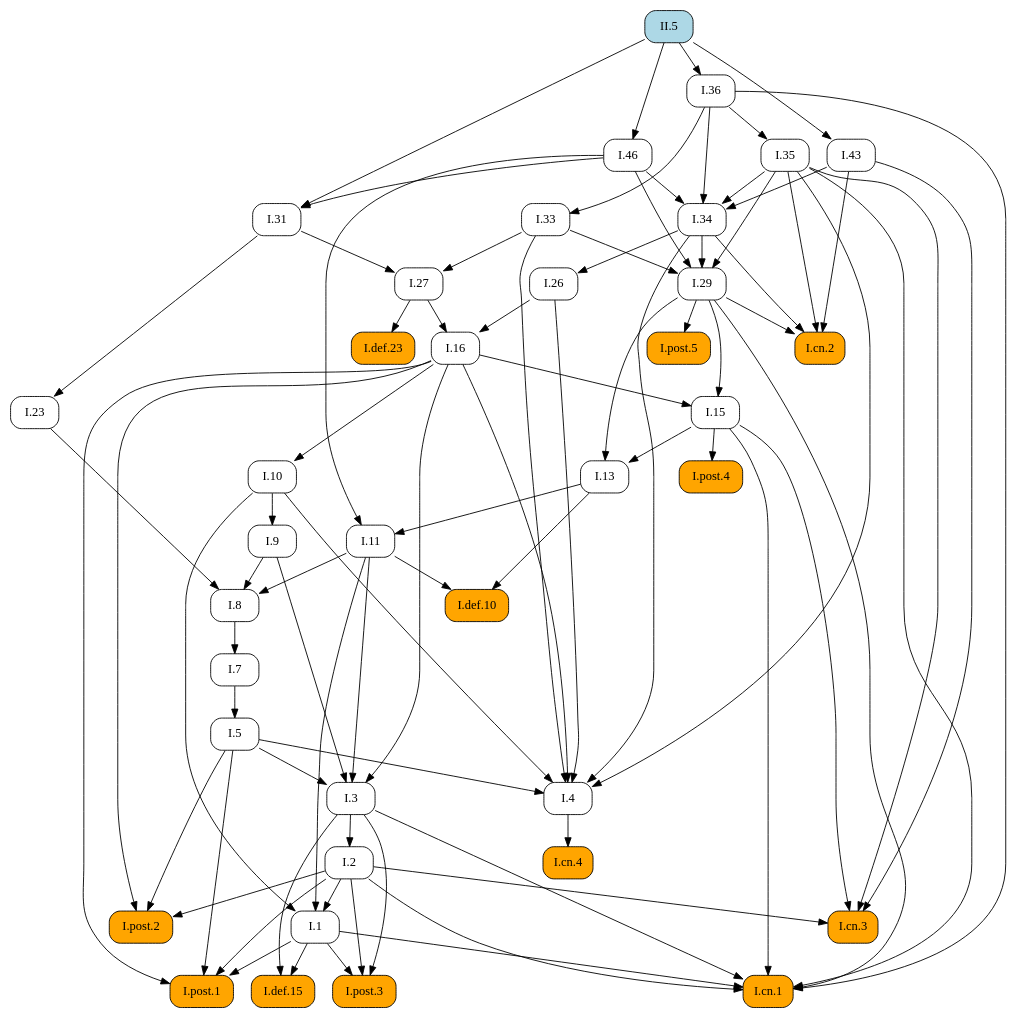
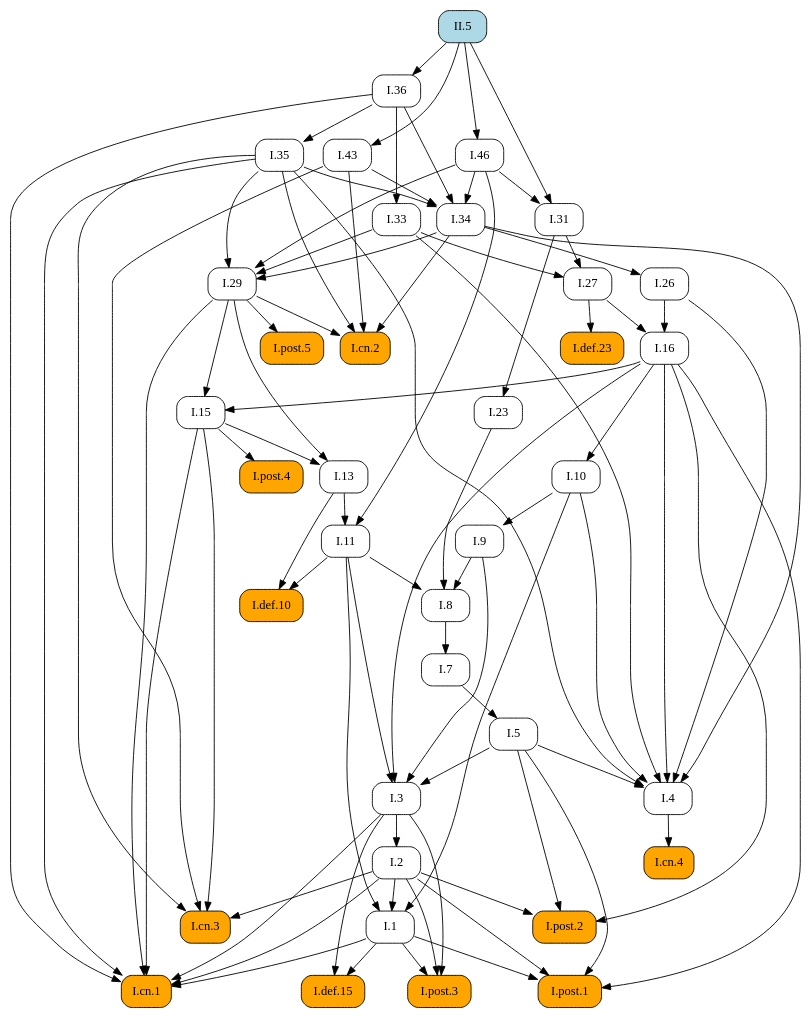
One commit to geometor/elements changed the diagram in docsrc/elements2/II/5/index.rst. Above: the diagram before and after it, drawn with Graphviz. The commit also changed other lines of this file and 171 other files, not shown here.

```diff
--- a/docsrc/elements2/II/5/index.rst
+++ b/docsrc/elements2/II/5/index.rst
@@ -83,72 +83,107 @@
    digraph {
      rankdir="TB";
      node [shape=box, style=rounded];
+     "I.8" [URL="/elements2/I/8/", target="_top"];
+     "I.46" [URL="/elements2/I/46/", target="_top"];
+     "I.36" [URL="/elements2/I/36/", target="_top"];
+     "I.post.1" [style="rounded,filled", fillcolor=orange, URL="/elements2/I/post.1/", target="_top"];
+     "I.33" [URL="/elements2/I/33/", target="_top"];
+     "I.5" [URL="/elements2/I/5/", target="_top"];
+     "I.post.5" [style="rounded,filled", fillcolor=orange, URL="/elements2/I/post.5/", target="_top"];
      "I.def.10" [style="rounded,filled", fillcolor=orange, URL="/elements2/I/def.10/", target="_top"];
-     "I.46" [URL="/elements2/I/46/", target="_top"];
+     "I.cn.2" [style="rounded,filled", fillcolor=orange, URL="/elements2/I/cn.2/", target="_top"];
+     "I.def.15" [style="rounded,filled", fillcolor=orange, URL="/elements2/I/def.15/", target="_top"];
+     "I.31" [URL="/elements2/I/31/", target="_top"];
+     "I.11" [URL="/elements2/I/11/", target="_top"];
+     "I.43" [URL="/elements2/I/43/", target="_top"];
+     "I.3" [URL="/elements2/I/3/", target="_top"];
+     "I.def.23" [style="rounded,filled", fillcolor=orange, URL="/elements2/I/def.23/", target="_top"];
+     "I.post.2" [style="rounded,filled", fillcolor=orange, URL="/elements2/I/post.2/", target="_top"];
+     "I.26" [URL="/elements2/I/26/", target="_top"];
+     "I.cn.3" [style="rounded,filled", fillcolor=orange, URL="/elements2/I/cn.3/", target="_top"];
+     "I.1" [URL="/elements2/I/1/", target="_top"];
+     "I.cn.4" [style="rounded,filled", fillcolor=orange, URL="/elements2/I/cn.4/", target="_top"];
+     "I.7" [URL="/elements2/I/7/", target="_top"];
+     "I.9" [URL="/elements2/I/9/", target="_top"];
+     "II.5" [style="rounded,filled", fillcolor=lightblue, URL="/elements2/II/5/", target="_top"];
+     "I.cn.1" [style="rounded,filled", fillcolor=orange, URL="/elements2/I/cn.1/", target="_top"];
+     "I.29" [URL="/elements2/I/29/", target="_top"];
+     "I.16" [URL="/elements2/I/16/", target="_top"];
+     "I.post.4" [style="rounded,filled", fillcolor=orange, URL="/elements2/I/post.4/", target="_top"];
+     "I.13" [URL="/elements2/I/13/", target="_top"];
+     "I.35" [URL="/elements2/I/35/", target="_top"];
+     "I.2" [URL="/elements2/I/2/", target="_top"];
+     "I.27" [URL="/elements2/I/27/", target="_top"];
+     "I.4" [URL="/elements2/I/4/", target="_top"];
+     "I.10" [URL="/elements2/I/10/", target="_top"];
+     "I.15" [URL="/elements2/I/15/", target="_top"];
      "I.34" [URL="/elements2/I/34/", target="_top"];
-     "I.cn.4" [style="rounded,filled", fillcolor=orange, URL="/elements2/I/cn.4/", target="_top"];
-     "I.def.15" [style="rounded,filled", fillcolor=orange, URL="/elements2/I/def.15/", target="_top"];
+     "I.23" [URL="/elements2/I/23/", target="_top"];
      "I.post.3" [style="rounded,filled", fillcolor=orange, URL="/elements2/I/post.3/", target="_top"];
-     "I.36" [URL="/elements2/I/36/", target="_top"];
-     "I.27" [URL="/elements2/I/27/", target="_top"];
-     "I.post.2" [style="rounded,filled", fillcolor=orange, URL="/elements2/I/post.2/", target="_top"];
-     "I.13" [URL="/elements2/I/13/", target="_top"];
-     "I.10" [URL="/elements2/I/10/", target="_top"];
-     "I.post.1" [style="rounded,filled", fillcolor=orange, URL="/elements2/I/post.1/", target="_top"];
-     "I.7" [URL="/elements2/I/7/", target="_top"];
-     "I.11" [URL="/elements2/I/11/", target="_top"];
-     "II.5" [style="rounded,filled", fillcolor=lightblue, URL="/elements2/II/5/", target="_top"];
-     "I.4" [URL="/elements2/I/4/", target="_top"];
-     "I.16" [URL="/elements2/I/16/", target="_top"];
-     "I.def.23" [style="rounded,filled", fillcolor=orange, URL="/elements2/I/def.23/", target="_top"];
-     "I.9" [URL="/elements2/I/9/", target="_top"];
-     "I.8" [URL="/elements2/I/8/", target="_top"];
-     "I.cn.2" [style="rounded,filled", fillcolor=orange, URL="/elements2/I/cn.2/", target="_top"];
-     "I.23" [URL="/elements2/I/23/", target="_top"];
-     "I.26" [URL="/elements2/I/26/", target="_top"];
-     "I.15" [URL="/elements2/I/15/", target="_top"];
-     "I.post.5" [style="rounded,filled", fillcolor=orange, URL="/elements2/I/post.5/", target="_top"];
-     "I.2" [URL="/elements2/I/2/", target="_top"];
-     "I.1" [URL="/elements2/I/1/", target="_top"];
-     "I.35" [URL="/elements2/I/35/", target="_top"];
-     "I.43" [URL="/elements2/I/43/", target="_top"];
-     "I.33" [URL="/elements2/I/33/", target="_top"];
-     "I.31" [URL="/elements2/I/31/", target="_top"];
-     "I.post.4" [style="rounded,filled", fillcolor=orange, URL="/elements2/I/post.4/", target="_top"];
-     "I.cn.1" [style="rounded,filled", fillcolor=orange, URL="/elements2/I/cn.1/", target="_top"];
-     "I.3" [URL="/elements2/I/3/", target="_top"];
-     "I.cn.3" [style="rounded,filled", fillcolor=orange, URL="/elements2/I/cn.3/", target="_top"];
-     "I.29" [URL="/elements2/I/29/", target="_top"];
-     "I.5" [URL="/elements2/I/5/", target="_top"];
-     "I.11" -> "I.def.10";
-     "I.13" -> "I.def.10";
+     "I.9" -> "I.8";
+     "I.11" -> "I.8";
+     "I.23" -> "I.8";
      "II.5" -> "I.46";
-     "I.35" -> "I.34";
-     "I.36" -> "I.34";
-     "I.43" -> "I.34";
-     "I.46" -> "I.34";
-     "I.4" -> "I.cn.4";
-     "I.1" -> "I.def.15";
-     "I.3" -> "I.def.15";
-     "I.1" -> "I.post.3";
-     "I.2" -> "I.post.3";
-     "I.3" -> "I.post.3";
      "II.5" -> "I.36";
-     "I.31" -> "I.27";
-     "I.33" -> "I.27";
-     "I.2" -> "I.post.2";
-     "I.5" -> "I.post.2";
-     "I.16" -> "I.post.2";
-     "I.15" -> "I.13";
-     "I.29" -> "I.13";
-     "I.16" -> "I.10";
      "I.1" -> "I.post.1";
      "I.2" -> "I.post.1";
      "I.5" -> "I.post.1";
      "I.16" -> "I.post.1";
-     "I.8" -> "I.7";
+     "I.36" -> "I.33";
+     "I.7" -> "I.5";
+     "I.29" -> "I.post.5";
+     "I.11" -> "I.def.10";
+     "I.13" -> "I.def.10";
+     "I.29" -> "I.cn.2";
+     "I.34" -> "I.cn.2";
+     "I.35" -> "I.cn.2";
+     "I.43" -> "I.cn.2";
+     "I.1" -> "I.def.15";
+     "I.3" -> "I.def.15";
+     "I.46" -> "I.31";
+     "II.5" -> "I.31";
      "I.13" -> "I.11";
      "I.46" -> "I.11";
+     "II.5" -> "I.43";
+     "I.5" -> "I.3";
+     "I.9" -> "I.3";
+     "I.11" -> "I.3";
+     "I.16" -> "I.3";
+     "I.27" -> "I.def.23";
+     "I.2" -> "I.post.2";
+     "I.5" -> "I.post.2";
+     "I.16" -> "I.post.2";
+     "I.34" -> "I.26";
+     "I.2" -> "I.cn.3";
+     "I.15" -> "I.cn.3";
+     "I.35" -> "I.cn.3";
+     "I.43" -> "I.cn.3";
+     "I.2" -> "I.1";
+     "I.10" -> "I.1";
+     "I.11" -> "I.1";
+     "I.4" -> "I.cn.4";
+     "I.8" -> "I.7";
+     "I.10" -> "I.9";
+     "I.1" -> "I.cn.1";
+     "I.2" -> "I.cn.1";
+     "I.3" -> "I.cn.1";
+     "I.15" -> "I.cn.1";
+     "I.29" -> "I.cn.1";
+     "I.35" -> "I.cn.1";
+     "I.36" -> "I.cn.1";
+     "I.33" -> "I.29";
+     "I.34" -> "I.29";
+     "I.35" -> "I.29";
+     "I.46" -> "I.29";
+     "I.26" -> "I.16";
+     "I.27" -> "I.16";
+     "I.15" -> "I.post.4";
+     "I.15" -> "I.13";
+     "I.29" -> "I.13";
+     "I.36" -> "I.35";
+     "I.3" -> "I.2";
+     "I.31" -> "I.27";
+     "I.33" -> "I.27";
      "I.5" -> "I.4";
      "I.10" -> "I.4";
      "I.16" -> "I.4";
@@ -156,50 +191,15 @@
      "I.33" -> "I.4";
      "I.34" -> "I.4";
      "I.35" -> "I.4";
-     "I.26" -> "I.16";
-     "I.27" -> "I.16";
-     "I.27" -> "I.def.23";
-     "I.10" -> "I.9";
-     "I.9" -> "I.8";
-     "I.11" -> "I.8";
-     "I.23" -> "I.8";
-     "I.29" -> "I.cn.2";
-     "I.34" -> "I.cn.2";
-     "I.35" -> "I.cn.2";
-     "I.43" -> "I.cn.2";
-     "I.31" -> "I.23";
-     "I.34" -> "I.26";
+     "I.16" -> "I.10";
      "I.16" -> "I.15";
      "I.29" -> "I.15";
-     "I.29" -> "I.post.5";
-     "I.3" -> "I.2";
-     "I.2" -> "I.1";
-     "I.10" -> "I.1";
-     "I.11" -> "I.1";
-     "I.36" -> "I.35";
-     "II.5" -> "I.43";
-     "I.36" -> "I.33";
-     "I.46" -> "I.31";
-     "II.5" -> "I.31";
-     "I.15" -> "I.post.4";
-     "I.1" -> "I.cn.1";
-     "I.2" -> "I.cn.1";
-     "I.3" -> "I.cn.1";
-     "I.15" -> "I.cn.1";
-     "I.29" -> "I.cn.1";
-     "I.35" -> "I.cn.1";
-     "I.36" -> "I.cn.1";
-     "I.5" -> "I.3";
-     "I.9" -> "I.3";
-     "I.11" -> "I.3";
-     "I.16" -> "I.3";
-     "I.2" -> "I.cn.3";
-     "I.15" -> "I.cn.3";
-     "I.35" -> "I.cn.3";
-     "I.43" -> "I.cn.3";
-     "I.33" -> "I.29";
-     "I.34" -> "I.29";
-     "I.35" -> "I.29";
-     "I.46" -> "I.29";
-     "I.7" -> "I.5";
+     "I.35" -> "I.34";
+     "I.36" -> "I.34";
+     "I.43" -> "I.34";
+     "I.46" -> "I.34";
+     "I.31" -> "I.23";
+     "I.1" -> "I.post.3";
+     "I.2" -> "I.post.3";
+     "I.3" -> "I.post.3";
    }
```
